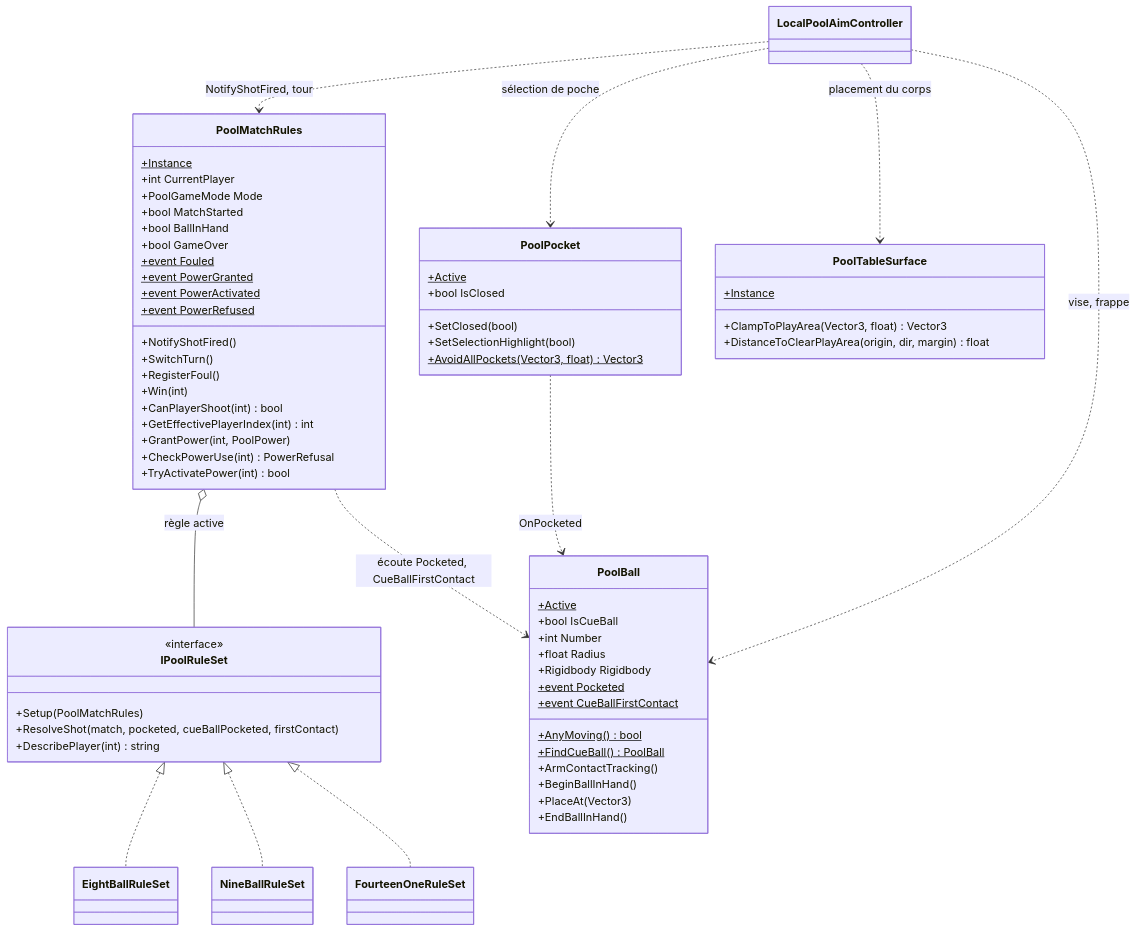
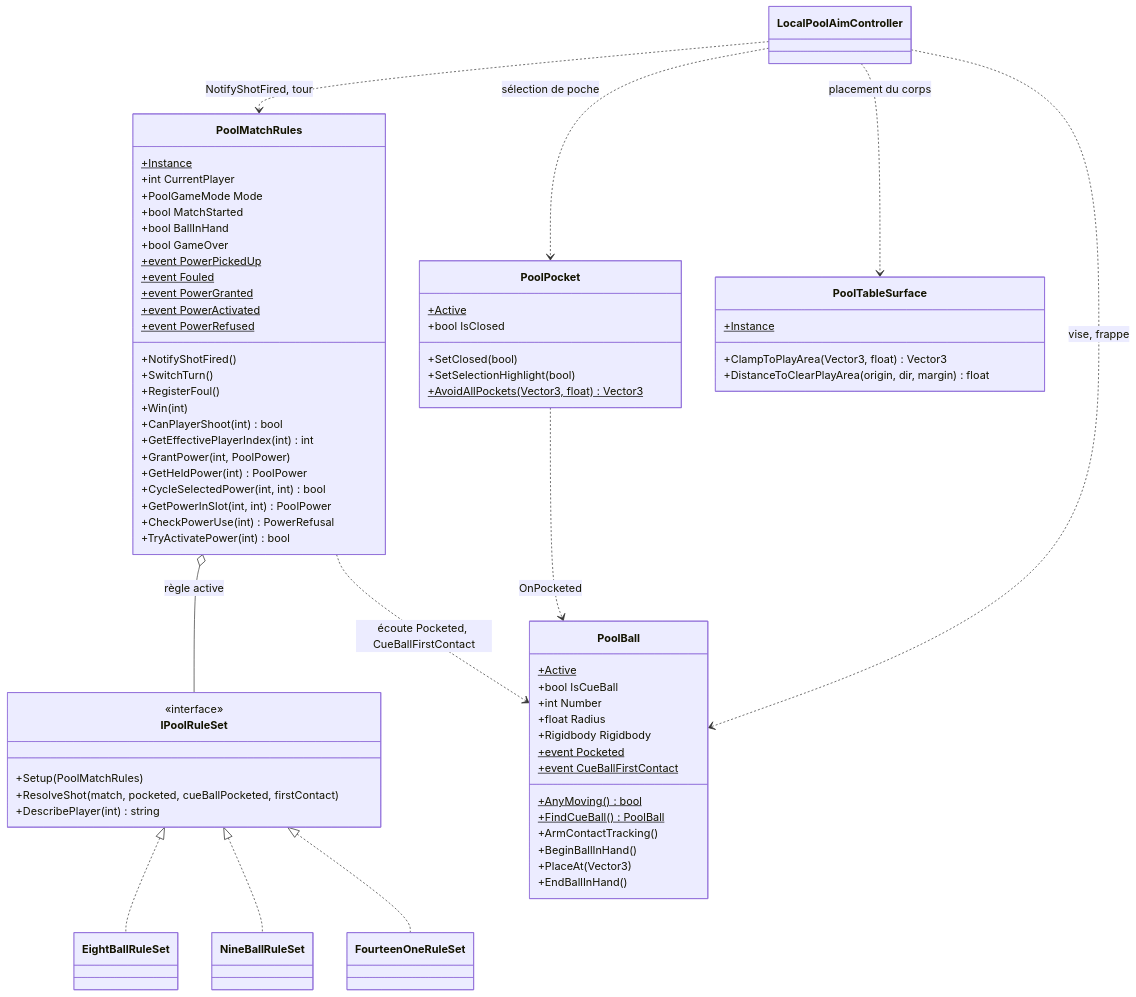
One commit to FlackyBoy/UntitledPoolgame changed the third of 4 diagrams in docs/content/tech/architecture.md. Above: the diagram before and after it, drawn with Mermaid. The commit also changed 7 other files, not shown here.

````diff
--- a/docs/content/tech/architecture.md
+++ b/docs/content/tech/architecture.md
@@ -247,73 +247,77 @@
 ```mermaid
 classDiagram
   direction TB
   class PoolMatchRules {
     +Instance$
     +int CurrentPlayer
     +PoolGameMode Mode
     +bool MatchStarted
     +bool BallInHand
     +bool GameOver
     +NotifyShotFired()
     +SwitchTurn()
     +RegisterFoul()
     +Win(int)
     +CanPlayerShoot(int) bool
     +GetEffectivePlayerIndex(int) int
     +GrantPower(int, PoolPower)
+    +GetHeldPower(int) PoolPower
+    +CycleSelectedPower(int, int) bool
+    +GetPowerInSlot(int, int) PoolPower
+    +event PowerPickedUp$
     +CheckPowerUse(int) PowerRefusal
     +TryActivatePower(int) bool
     +event Fouled$
     +event PowerGranted$
     +event PowerActivated$
     +event PowerRefused$
   }
   class IPoolRuleSet {
     <<interface>>
     +Setup(PoolMatchRules)
     +ResolveShot(match, pocketed, cueBallPocketed, firstContact)
     +DescribePlayer(int) string
   }
   class EightBallRuleSet
   class NineBallRuleSet
   class FourteenOneRuleSet
   class PoolBall {
     +Active$
     +bool IsCueBall
     +int Number
     +float Radius
     +Rigidbody Rigidbody
     +AnyMoving()$ bool
     +FindCueBall()$ PoolBall
     +ArmContactTracking()
     +BeginBallInHand()
     +PlaceAt(Vector3)
     +EndBallInHand()
     +event Pocketed$
     +event CueBallFirstContact$
   }
   class PoolPocket {
     +Active$
     +bool IsClosed
     +SetClosed(bool)
     +SetSelectionHighlight(bool)
     +AvoidAllPockets(Vector3, float)$ Vector3
   }
   class PoolTableSurface {
     +Instance$
     +ClampToPlayArea(Vector3, float) Vector3
     +DistanceToClearPlayArea(origin, dir, margin) float
   }
   class LocalPoolAimController
 
   IPoolRuleSet <|.. EightBallRuleSet
   IPoolRuleSet <|.. NineBallRuleSet
   IPoolRuleSet <|.. FourteenOneRuleSet
   PoolMatchRules o-- IPoolRuleSet : règle active
   PoolMatchRules ..> PoolBall : écoute Pocketed, CueBallFirstContact
   PoolPocket ..> PoolBall : OnPocketed
   LocalPoolAimController ..> PoolBall : vise, frappe
   LocalPoolAimController ..> PoolMatchRules : NotifyShotFired, tour
   LocalPoolAimController ..> PoolTableSurface : placement du corps
   LocalPoolAimController ..> PoolPocket : sélection de poche
 ```
````
